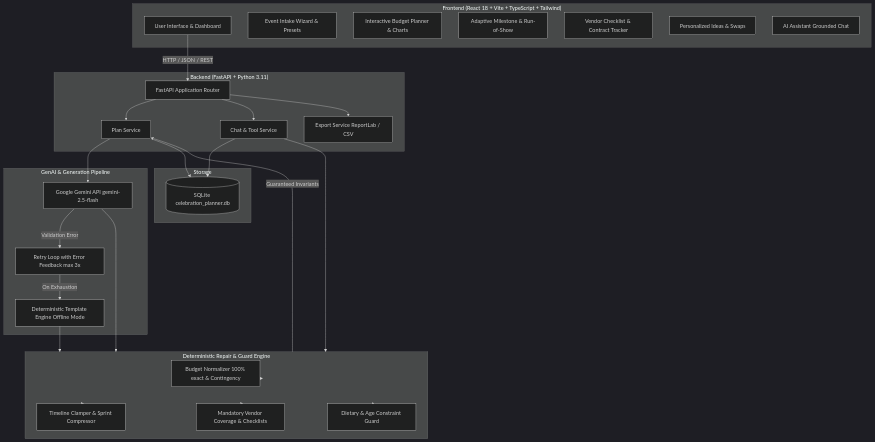
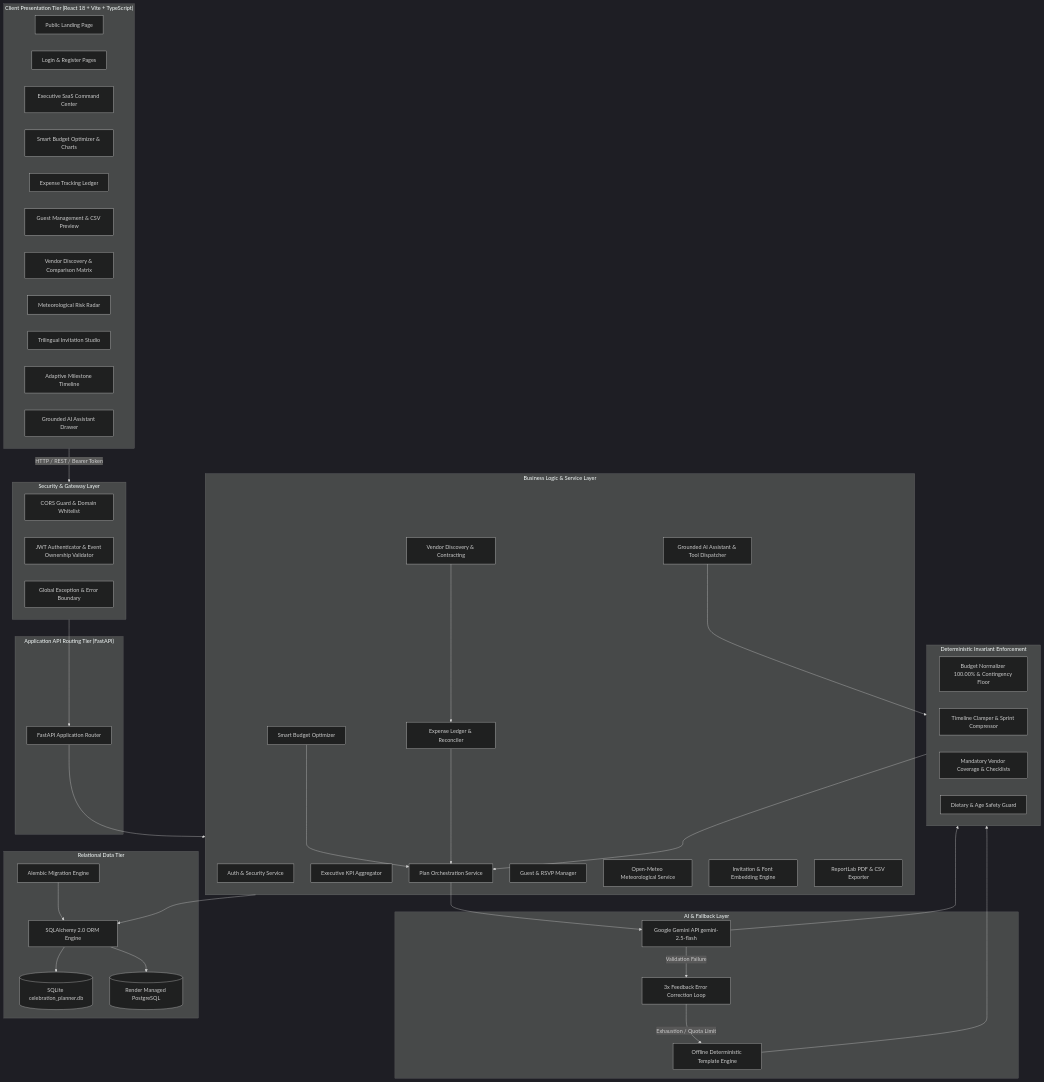
The first of 2 diagrams in ARCHITECTURE.md (agshukla14/Eventify-AI), drawn with Mermaid (dark theme) before and after one commit. The commit also changed other lines of this file and 76 other files, not shown here.

````diff
--- a/ARCHITECTURE.md
+++ b/ARCHITECTURE.md
@@ -9,58 +9,82 @@
 ```mermaid
 graph TD
-    subgraph Client ["Frontend (React 18 + Vite + TypeScript + Tailwind)"]
-        UI[User Interface & Dashboard]
-        IntakeUI[Event Intake Wizard & Presets]
-        BudgetUI[Interactive Budget Planner & Charts]
-        TimelineUI[Adaptive Milestone & Run-of-Show]
-        VendorUI[Vendor Checklist & Contract Tracker]
-        IdeasUI[Personalized Ideas & Swaps]
-        ChatDrawer[AI Assistant Grounded Chat]
+    subgraph Client ["Client Presentation Tier (React 18 + Vite + TypeScript)"]
+        LandingView[Public Landing Page]
+        AuthViews[Login & Register Pages]
+        ExecCenter[Executive SaaS Command Center]
+        BudgetView[Smart Budget Optimizer & Charts]
+        ExpenseView[Expense Tracking Ledger]
+        GuestView[Guest Management & CSV Preview]
+        VendorView[Vendor Discovery & Comparison Matrix]
+        WeatherView[Meteorological Risk Radar]
+        InviteView[Trilingual Invitation Studio]
+        TimelineView[Adaptive Milestone Timeline]
+        AssistantDrawer[Grounded AI Assistant Drawer]
     end
 
-    subgraph API ["Backend (FastAPI + Python 3.11)"]
-        Router[FastAPI Application Router]
-        PlanSvc[Plan Service]
-        ChatSvc[Chat & Tool Service]
-        ExportSvc[Export Service ReportLab / CSV]
+    subgraph Security ["Security & Gateway Layer"]
+        CORS[CORS Guard & Domain Whitelist]
+        AuthGuard[JWT Authenticator & Event Ownership Validator]
+        ExceptionBoundary[Global Exception & Error Boundary]
     end
 
-    subgraph GenAI ["GenAI & Generation Pipeline"]
-        GeminiClient[Google Gemini API gemini-2.5-flash]
-        RetryLoop[Retry Loop with Error Feedback max 3x]
-        FallbackEngine[Deterministic Template Engine Offline Mode]
+    subgraph API ["Application API Routing Tier (FastAPI)"]
+        Router[FastAPI Application Router]
     end
 
-    subgraph Guardrails ["Deterministic Repair & Guard Engine"]
-        Normalizer[Budget Normalizer 100% exact & Contingency]
+    subgraph CoreServices ["Business Logic & Service Layer"]
+        AuthSvc[Auth & Security Service]
+        ExecSvc[Executive KPI Aggregator]
+        PlanSvc[Plan Orchestration Service]
+        BudgetOpt[Smart Budget Optimizer]
+        ExpenseSvc[Expense Ledger & Reconciler]
+        GuestSvc[Guest & RSVP Manager]
+        VendorSvc[Vendor Discovery & Contracting]
+        WeatherSvc[Open-Meteo Meteorological Service]
+        InviteSvc[Invitation & Font Embedding Engine]
+        ChatSvc[Grounded AI Assistant & Tool Dispatcher]
+        ExportSvc[ReportLab PDF & CSV Exporter]
+    end
+
+    subgraph Intelligence ["AI & Fallback Layer"]
+        GeminiClient[Google Gemini API gemini-2.5-flash]
+        RetryLoop[3x Feedback Error Correction Loop]
+        FallbackEngine[Offline Deterministic Template Engine]
+    end
+
+    subgraph Guardrails ["Deterministic Invariant Enforcement"]
+        BudgetNormalizer[Budget Normalizer 100.00% & Contingency Floor]
         TimelineClamper[Timeline Clamper & Sprint Compressor]
         VendorInjector[Mandatory Vendor Coverage & Checklists]
-        DietGuard[Dietary & Age Constraint Guard]
+        DietGuard[Dietary & Age Safety Guard]
     end
 
-    subgraph Persistence ["Storage"]
+    subgraph Persistence ["Relational Data Tier"]
+        DBEngine[SQLAlchemy 2.0 ORM Engine]
         SQLite[(SQLite celebration_planner.db)]
+        PostgreSQL[(Render Managed PostgreSQL)]
+        Alembic[Alembic Migration Engine]
     end
 
-    UI -->|HTTP / JSON / REST| Router
-    Router --> PlanSvc
-    Router --> ChatSvc
-    Router --> ExportSvc
+    Client -->|HTTP / REST / Bearer Token| Security
+    Security --> Router
+    Router --> CoreServices
+
+    CoreServices --> DBEngine
+    DBEngine --> SQLite
+    DBEngine --> PostgreSQL
+    Alembic --> DBEngine
 
     PlanSvc --> GeminiClient
-    GeminiClient -->|Validation Error| RetryLoop
-    RetryLoop -->|On Exhaustion| FallbackEngine
+    GeminiClient -->|Validation Failure| RetryLoop
+    RetryLoop -->|Exhaustion / Quota Limit| FallbackEngine
 
     GeminiClient --> Guardrails
     FallbackEngine --> Guardrails
+    Guardrails --> PlanSvc
 
-    Guardrails --> Normalizer
-    Guardrails --> TimelineClamper
-    Guardrails --> VendorInjector
-    Guardrails --> DietGuard
-
-    Guardrails -->|Guaranteed Invariants| PlanSvc
+    BudgetOpt --> PlanSvc
+    ExpenseSvc --> PlanSvc
+    VendorSvc --> ExpenseSvc
     ChatSvc --> Guardrails
-    PlanSvc --> SQLite
-    ChatSvc --> SQLite
 ```
````
